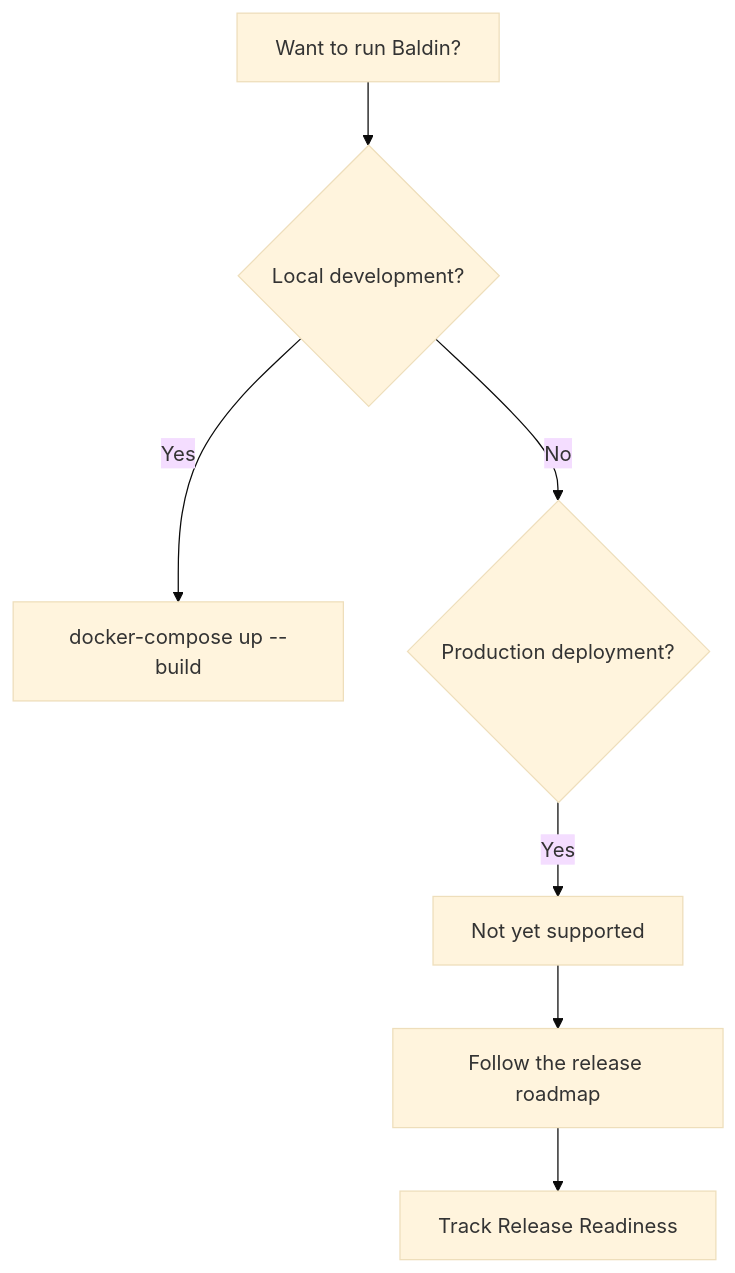
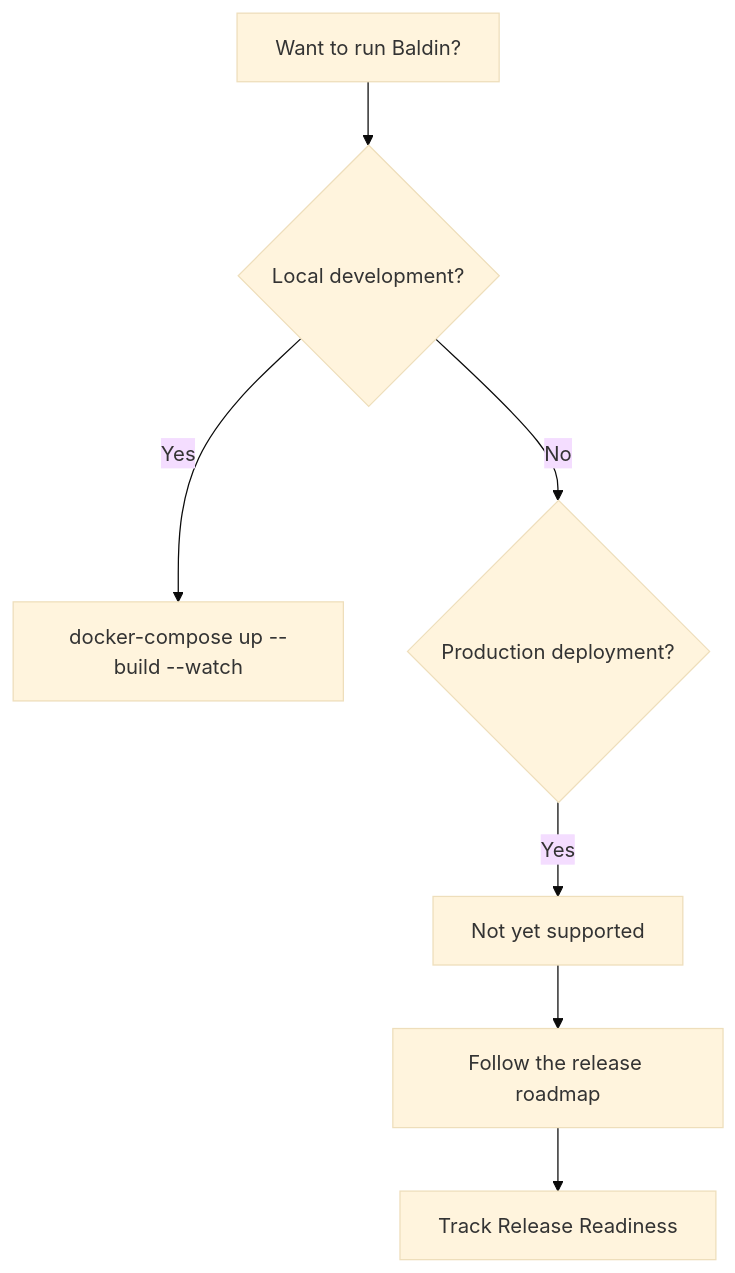
The diagram in docs/docs/getting-started/deployment-guide.md (danphenderson/baldin), drawn with Mermaid (base theme) before and after one commit. The commit also changed other lines of this file and 47 other files, not shown here.

First line of the commit message:
chore: align compose watch workflow and redesign handoff

````diff
--- a/docs/docs/getting-started/deployment-guide.md
+++ b/docs/docs/getting-started/deployment-guide.md
@@ -97,11 +97,11 @@
 ```mermaid
 flowchart TD
     accTitle: Deployment Decision Tree
-    accDescr: Decision tree starting at Want to run Baldin — if local development choose docker-compose up --build; if production deployment that path is not yet supported and links to the release roadmap.
+    accDescr: Decision tree starting at Want to run Baldin — if local development choose docker-compose up --build --watch; if production deployment that path is not yet supported and links to the release roadmap.
     A[Want to run Baldin?] --> B{Local development?}
-    B -- Yes --> C[docker-compose up --build]
+    B -- Yes --> C[docker-compose up --build --watch]
     B -- No --> D{Production deployment?}
     D -- Yes --> E[Not yet supported]
     E --> F[Follow the release roadmap]
     F --> G[Track Release Readiness]
 ```
````
